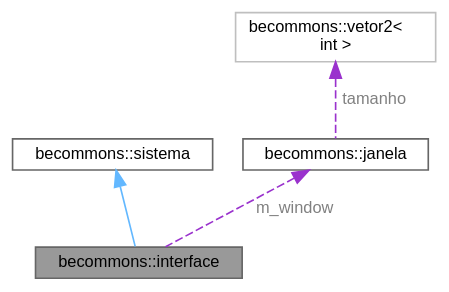
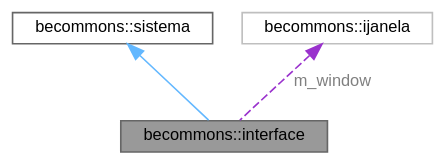
The diagram in docs/pt/structbecommons_1_1interface__coll__graph.dot (D4nielStone/bubble_engine), drawn with Graphviz before and after one commit. The commit also changed 244 other files, not shown here.

```diff
--- a/docs/pt/structbecommons_1_1interface__coll__graph.dot
+++ b/docs/pt/structbecommons_1_1interface__coll__graph.dot
@@ -1,14 +1,12 @@
 digraph "becommons::interface"
 {
  // LATEX_PDF_SIZE
   bgcolor="transparent";
   edge [fontname=Helvetica,fontsize=10,labelfontname=Helvetica,labelfontsize=10];
   node [fontname=Helvetica,fontsize=10,shape=box,height=0.2,width=0.4];
   Node1 [id="Node000001",label="becommons::interface",height=0.2,width=0.4,color="gray40", fillcolor="grey60", style="filled", fontcolor="black",tooltip=" "];
   Node2 -> Node1 [id="edge1_Node000001_Node000002",dir="back",color="steelblue1",style="solid",tooltip=" "];
   Node2 [id="Node000002",label="becommons::sistema",height=0.2,width=0.4,color="gray40", fillcolor="white", style="filled",URL="$structbecommons_1_1sistema.html",tooltip=" "];
   Node3 -> Node1 [id="edge2_Node000001_Node000003",dir="back",color="darkorchid3",style="dashed",tooltip=" ",label=" m_window",fontcolor="grey" ];
-  Node3 [id="Node000003",label="becommons::janela",height=0.2,width=0.4,color="gray40", fillcolor="white", style="filled",URL="$classbecommons_1_1janela.html",tooltip="facilita o uso da janela glfw"];
-  Node4 -> Node3 [id="edge3_Node000003_Node000004",dir="back",color="darkorchid3",style="dashed",tooltip=" ",label=" tamanho",fontcolor="grey" ];
-  Node4 [id="Node000004",label="becommons::vetor2\<\l int \>",height=0.2,width=0.4,color="grey75", fillcolor="white", style="filled",URL="$structbecommons_1_1vetor2.html",tooltip=" "];
+  Node3 [id="Node000003",label="becommons::ijanela",height=0.2,width=0.4,color="grey75", fillcolor="white", style="filled",URL="$classbecommons_1_1ijanela.html",tooltip=" "];
 }
```
